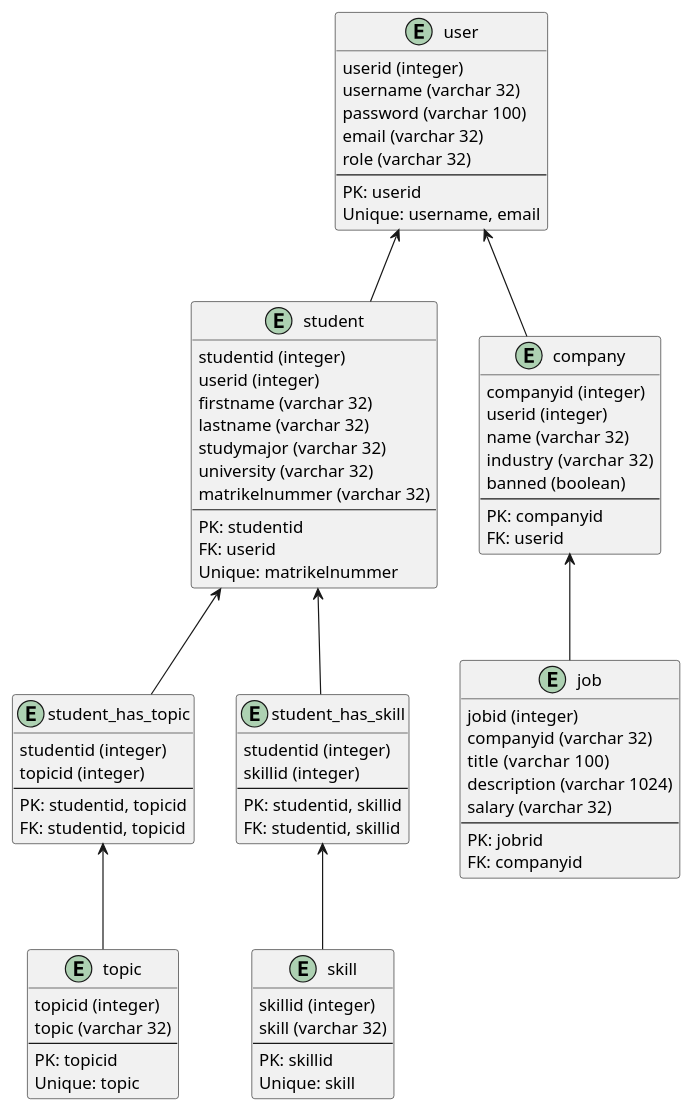
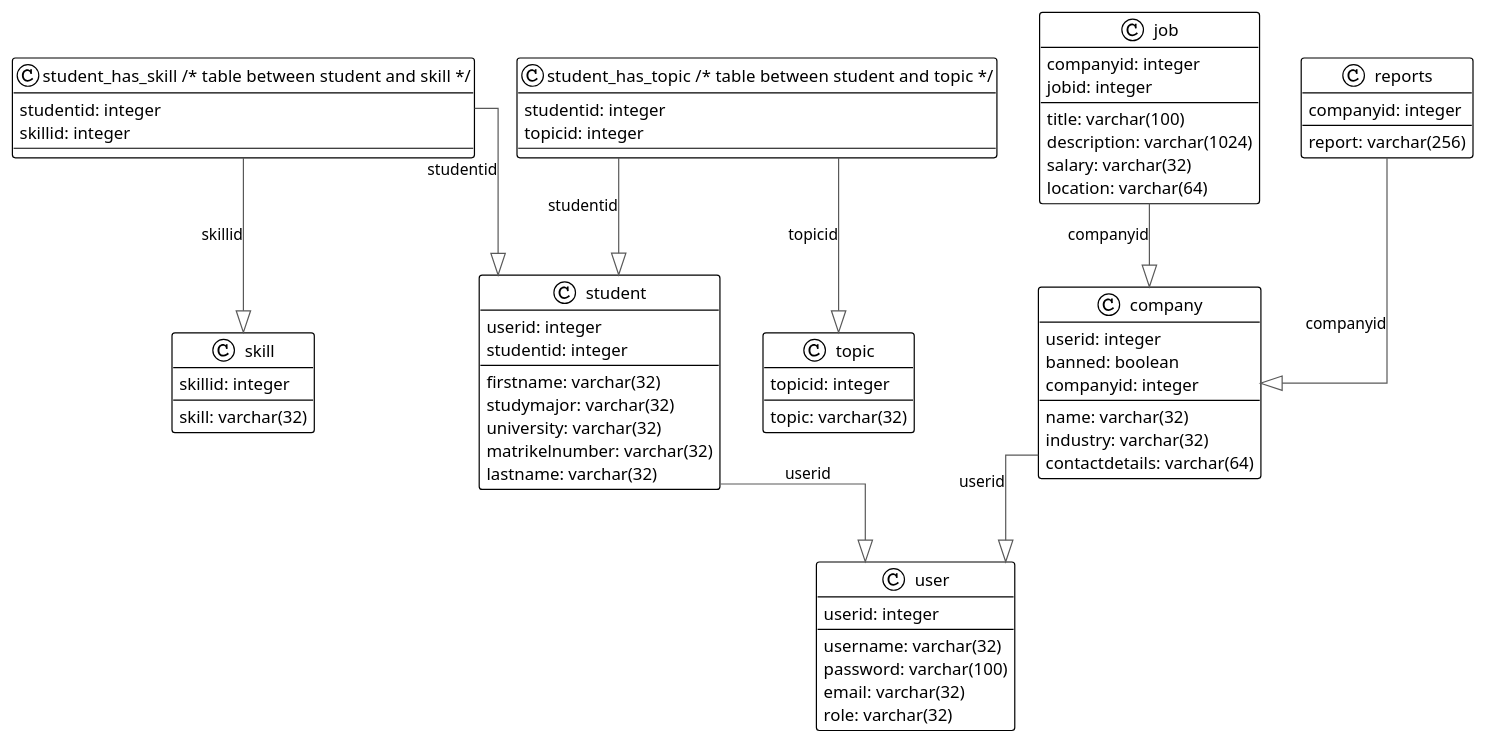
Before and after one commit to realdalvos/Remake-LinkedIn: the diagram in design/structure/uml/RelDB.puml, drawn with PlantUML.

```diff
--- a/design/structure/uml/RelDB.puml
+++ b/design/structure/uml/RelDB.puml
@@ -1,80 +1,68 @@
 @startuml
-entity user{
-userid (integer)
-username (varchar 32)
-password (varchar 100)
-email (varchar 32)
-role (varchar 32)
---
-PK: userid
-Unique: username, email
+
+!theme plain
+top to bottom direction
+skinparam linetype ortho
+
+class company {
+   userid: integer
+   name: varchar(32)
+   industry: varchar(32)
+   banned: boolean
+   contactdetails: varchar(64)
+   companyid: integer
 }
-entity student{
-studentid (integer)
-userid (integer)
-firstname (varchar 32)
-lastname (varchar 32)
-studymajor (varchar 32)
-university (varchar 32)
-matrikelnummer (varchar 32)
---
-PK: studentid
-FK: userid
-Unique: matrikelnummer
+class job {
+   companyid: integer
+   title: varchar(100)
+   description: varchar(1024)
+   salary: varchar(32)
+   location: varchar(64)
+   jobid: integer
 }
-entity company{
-companyid (integer)
-userid (integer)
-name (varchar 32)
-industry  (varchar 32)
-banned (boolean)
---
-PK: companyid
-FK: userid
+class reports {
+   companyid: integer
+   report: varchar(256)
 }
-entity job{
-jobid (integer)
-companyid (varchar 32)
-title  (varchar 100)
-description (varchar 1024)
-salary (varchar 32)
---
-PK: jobrid
-FK: companyid
+class skill {
+   skill: varchar(32)
+   skillid: integer
 }
-entity skill{
-skillid (integer)
-skill (varchar 32)
---
-PK: skillid
-Unique: skill
+class student {
+   userid: integer
+   firstname: varchar(32)
+   studymajor: varchar(32)
+   university: varchar(32)
+   matrikelnumber: varchar(32)
+   lastname: varchar(32)
+   studentid: integer
 }
-entity student_has_skill{
-studentid (integer)
-skillid (integer)
---
-PK: studentid, skillid
-FK: studentid, skillid
+class node2 as "student_has_skill  /* table between student and skill */" {
+   studentid: integer
+   skillid: integer
 }
-entity student_has_topic{
-studentid (integer)
-topicid (integer)
---
-PK: studentid, topicid
-FK: studentid, topicid
+class node4 as "student_has_topic  /* table between student and topic */" {
+   studentid: integer
+   topicid: integer
 }
-entity topic{
-topicid (integer)
-topic (varchar 32)
---
-PK: topicid
-Unique: topic
+class topic {
+   topic: varchar(32)
+   topicid: integer
 }
-job -up-> company
-student -up-> user
-company -up-> user
-student_has_skill -up-> student
-skill -up-> student_has_skill
-student_has_topic -up-> student
-topic -up-> student_has_topic
+class user {
+   username: varchar(32)
+   password: varchar(100)
+   email: varchar(32)
+   role: varchar(32)
+   userid: integer
+}
+
+company  -[#595959,plain]-^  user    : "userid"
+job      -[#595959,plain]-^  company : "companyid"
+reports  -[#595959,plain]-^  company : "companyid"
+student  -[#595959,plain]-^  user    : "userid"
+node2    -[#595959,plain]-^  skill   : "skillid"
+node2    -[#595959,plain]-^  student : "studentid"
+node4    -[#595959,plain]-^  student : "studentid"
+node4    -[#595959,plain]-^  topic   : "topicid"
 @enduml
```
